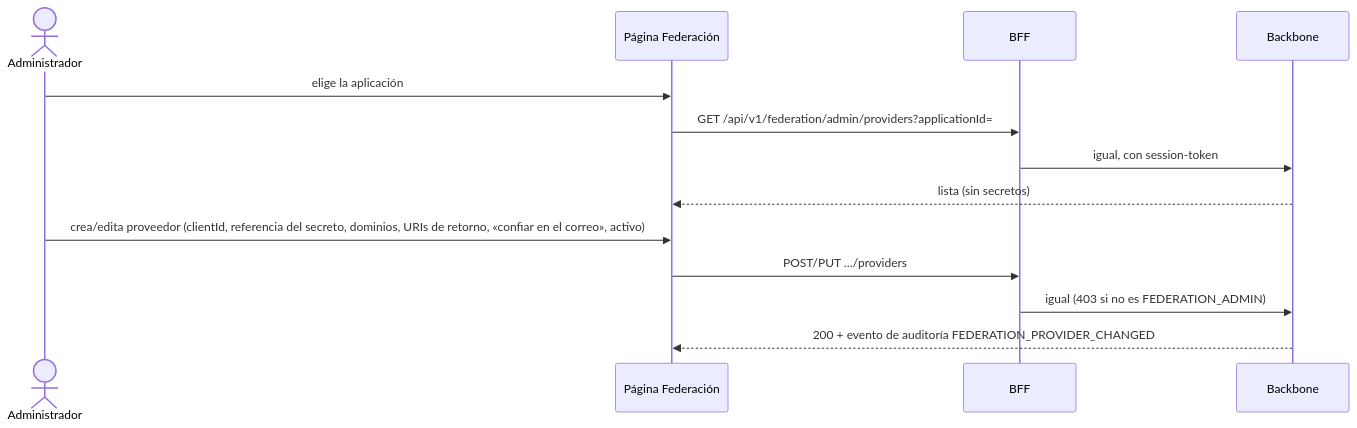
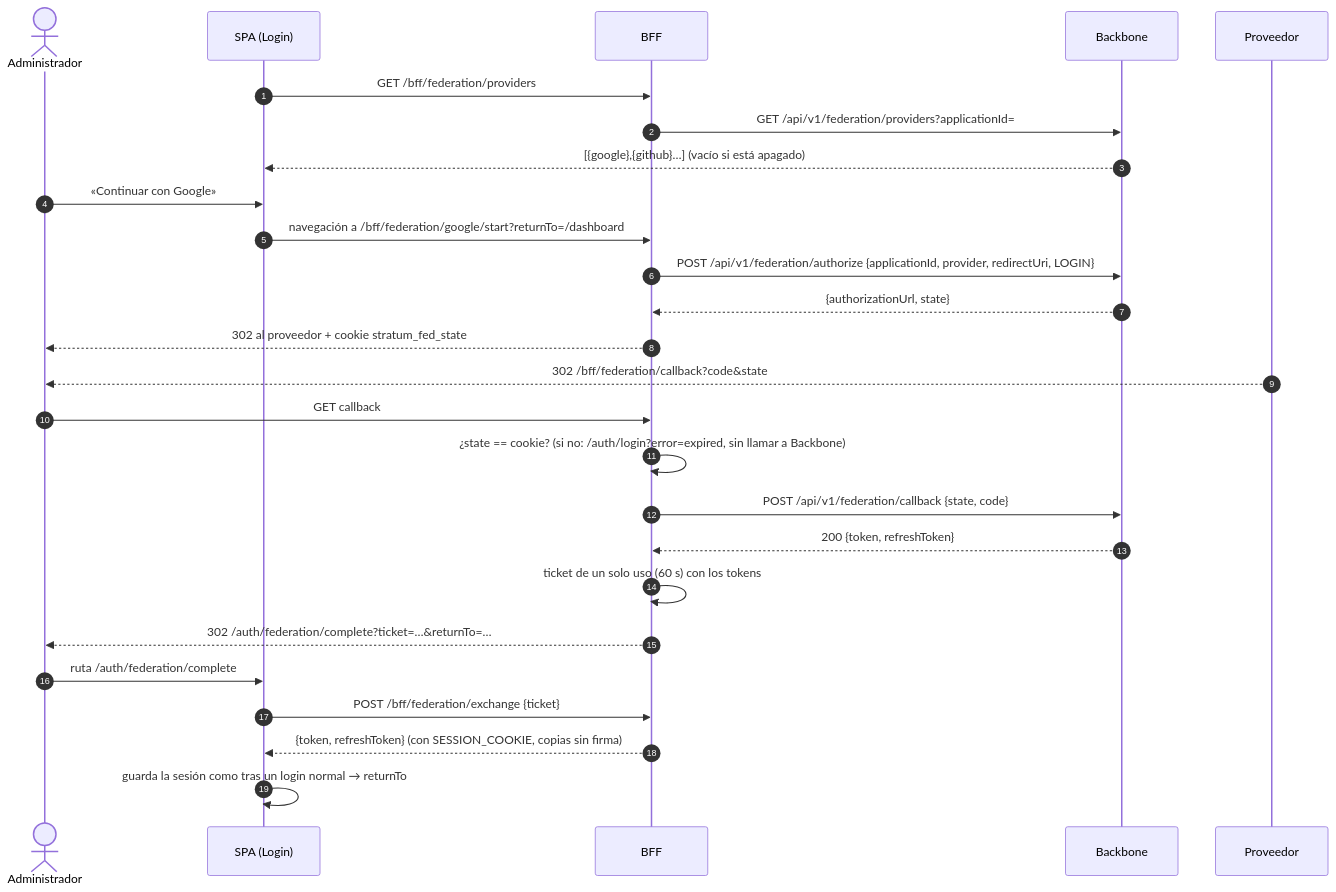
Before and after one commit to lanmata/stratum: the second of 2 diagrams in docs/15-federacion-social.md, drawn with Mermaid. The commit also changed other lines of this file and 30 other files, not shown here.

First line of the commit message:
feat(federation): social sign-in and provider administration

````diff
--- a/docs/15-federacion-social.md
+++ b/docs/15-federacion-social.md
@@ -33,15 +26,28 @@
 ```mermaid
 sequenceDiagram
-    actor A as Administrador
-    participant P as Página Federación
+    autonumber
+    actor U as Administrador
+    participant S as SPA (Login)
     participant F as BFF
     participant B as Backbone
-    A->>P: elige la aplicación
-    P->>F: GET /api/v1/federation/admin/providers?applicationId=
-    F->>B: igual, con session-token
-    B-->>P: lista (sin secretos)
-    A->>P: crea/edita proveedor (clientId, referencia del secreto, dominios, URIs de retorno, «confiar en el correo», activo)
-    P->>F: POST/PUT …/providers
-    F->>B: igual (403 si no es FEDERATION_ADMIN)
-    B-->>P: 200 + evento de auditoría FEDERATION_PROVIDER_CHANGED
+    participant I as Proveedor
+    S->>F: GET /bff/federation/providers
+    F->>B: GET /api/v1/federation/providers?applicationId=
+    B-->>S: [{google},{github}…] (vacío si está apagado)
+    U->>S: «Continuar con Google»
+    S->>F: navegación a /bff/federation/google/start?returnTo=/dashboard
+    F->>B: POST /api/v1/federation/authorize {applicationId, provider, redirectUri, LOGIN}
+    B-->>F: {authorizationUrl, state}
+    F-->>U: 302 al proveedor + cookie stratum_fed_state
+    I-->>U: 302 /bff/federation/callback?code&state
+    U->>F: GET callback
+    F->>F: ¿state == cookie? (si no: /auth/login?error=expired, sin llamar a Backbone)
+    F->>B: POST /api/v1/federation/callback {state, code}
+    B-->>F: 200 {token, refreshToken}
+    F->>F: ticket de un solo uso (60 s) con los tokens
+    F-->>U: 302 /auth/federation/complete?ticket=…&returnTo=…
+    U->>S: ruta /auth/federation/complete
+    S->>F: POST /bff/federation/exchange {ticket}
+    F-->>S: {token, refreshToken} (con SESSION_COOKIE, copias sin firma)
+    S->>S: guarda la sesión como tras un login normal → returnTo
 ```
````
